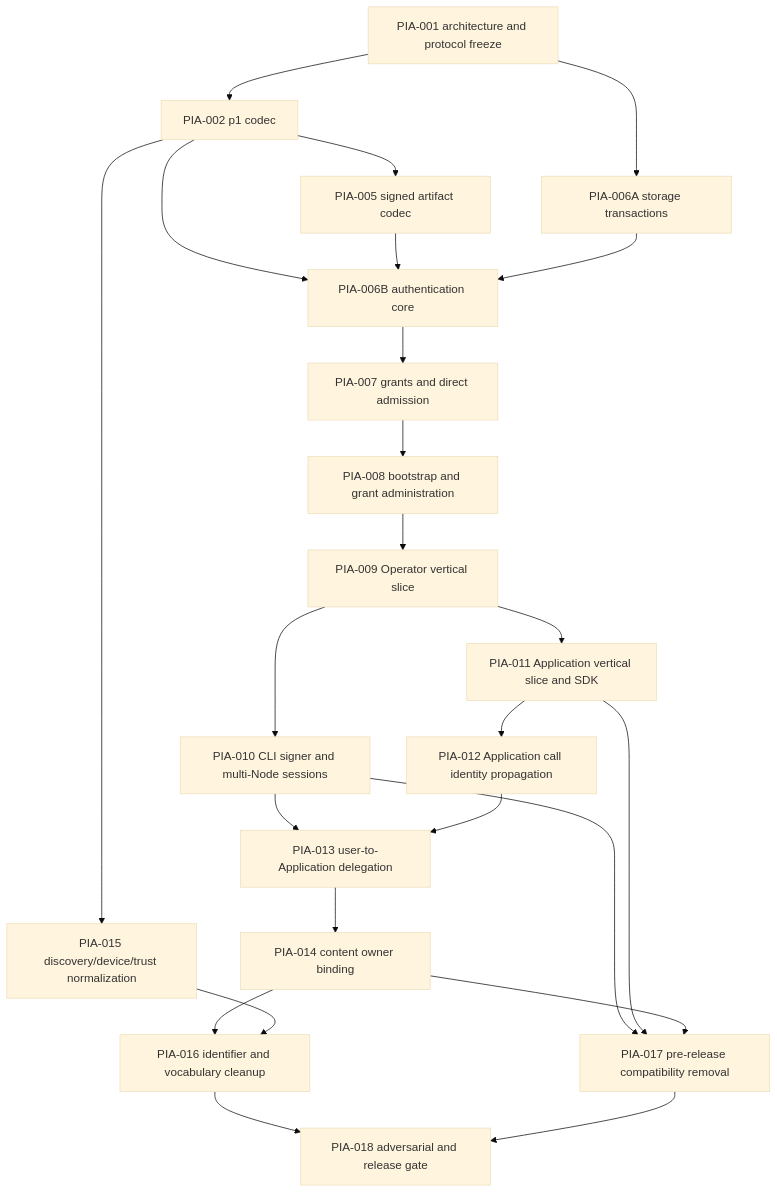
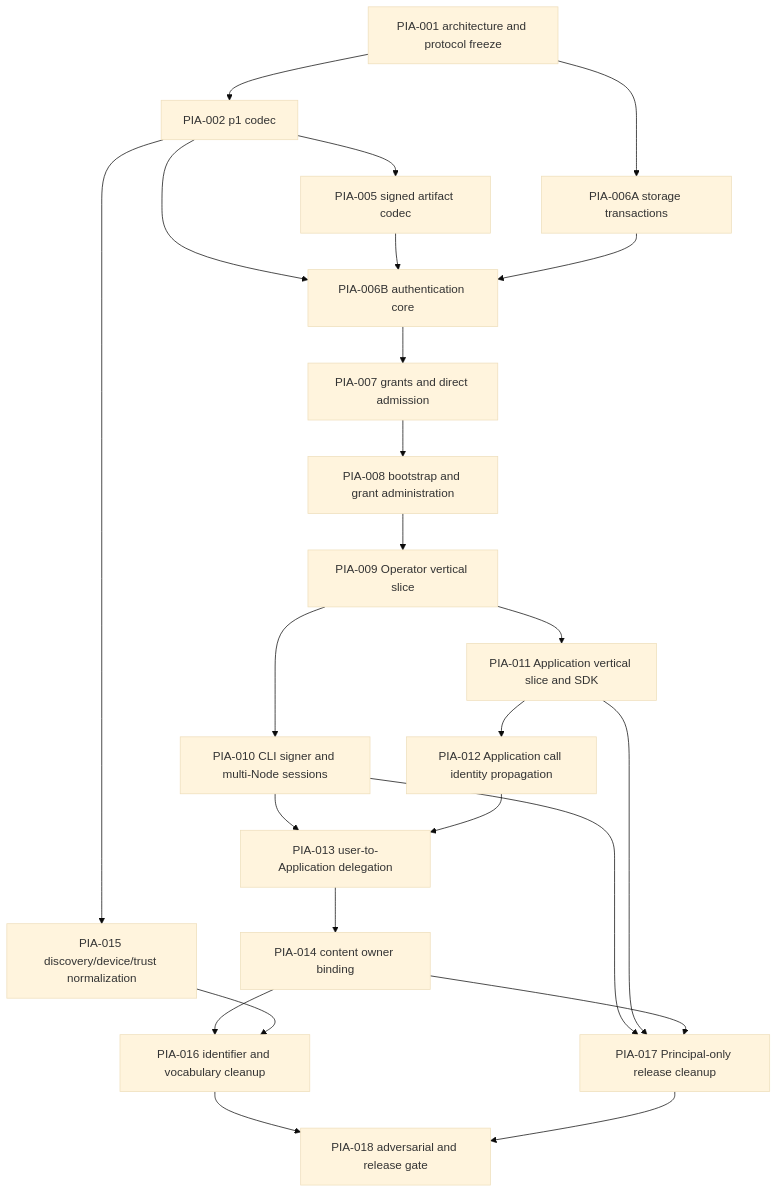
Before and after one commit to dianabuilds/ardents-network: the diagram in docs/engineering/principal-identity-and-access-work-plan.md, drawn with Mermaid (base theme). The commit also changed other lines of this file and 66 other files, not shown here.

Commit message:
implement one-hop delegation and principal-only CLI

````diff
--- a/docs/engineering/principal-identity-and-access-work-plan.md
+++ b/docs/engineering/principal-identity-and-access-work-plan.md
@@ -54,26 +54,26 @@
 ```mermaid
 flowchart TD
     T1[PIA-001 architecture and protocol freeze] --> T2[PIA-002 p1 codec]
     T2 --> T5[PIA-005 signed artifact codec]
     T1 --> T6A[PIA-006A storage transactions]
     T2 --> T6B[PIA-006B authentication core]
     T5 --> T6B
     T6A --> T6B
     T6B --> T7[PIA-007 grants and direct admission]
     T7 --> T8[PIA-008 bootstrap and grant administration]
     T8 --> T9[PIA-009 Operator vertical slice]
     T9 --> T10[PIA-010 CLI signer and multi-Node sessions]
     T9 --> T11[PIA-011 Application vertical slice and SDK]
     T11 --> T12[PIA-012 Application call identity propagation]
     T10 --> T13[PIA-013 user-to-Application delegation]
     T12 --> T13
     T13 --> T14[PIA-014 content owner binding]
     T2 --> T15[PIA-015 discovery/device/trust normalization]
     T14 --> T16[PIA-016 identifier and vocabulary cleanup]
     T15 --> T16
-    T10 --> T17[PIA-017 pre-release compatibility removal]
+    T10 --> T17[PIA-017 Principal-only release cleanup]
     T11 --> T17
     T14 --> T17
     T16 --> T18[PIA-018 adversarial and release gate]
     T17 --> T18
 ```
````
